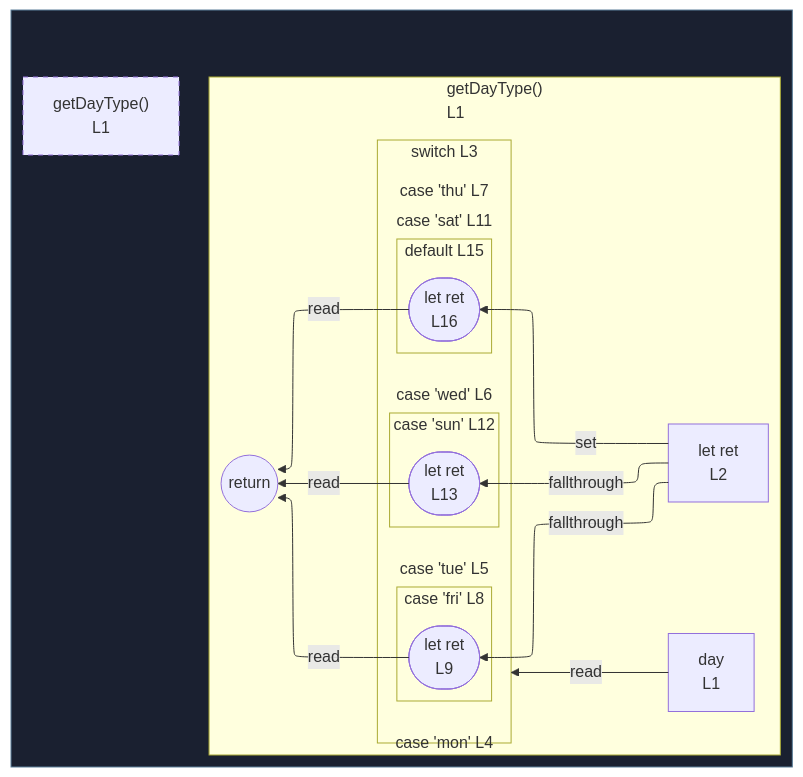
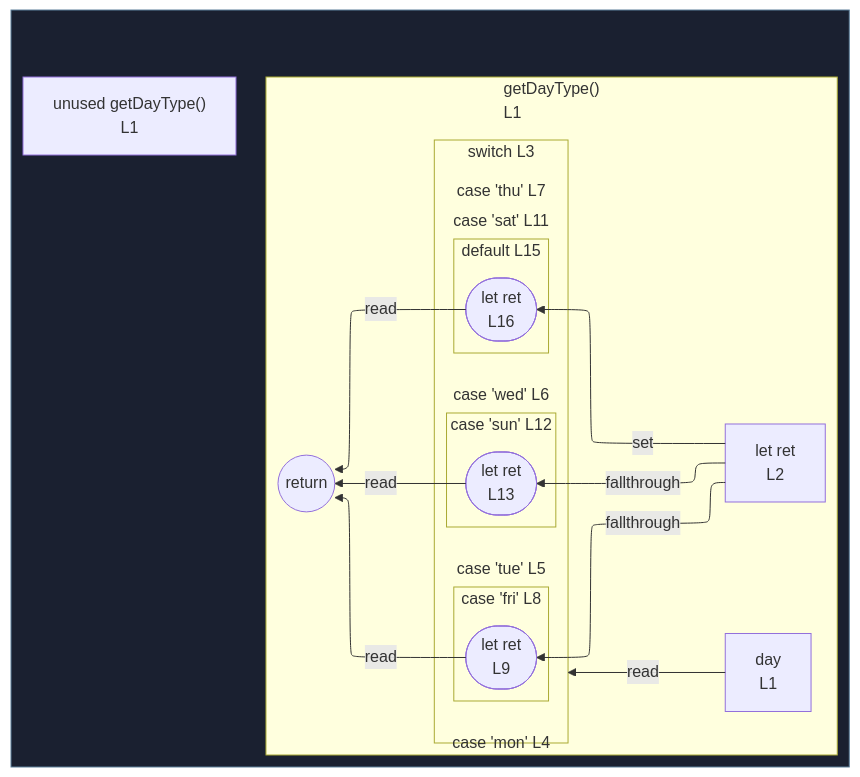
One commit to crescware/unsnarl changed the diagram in integration/fixtures/function-switch-grouped-cases/preview.md. Above: the diagram before and after it, drawn with Mermaid. The commit also changed 75 other files, not shown here.

````diff
--- a/integration/fixtures/function-switch-grouped-cases/preview.md
+++ b/integration/fixtures/function-switch-grouped-cases/preview.md
@@ -30,55 +30,53 @@
 ```mermaid
 %%{init: {"flowchart": {"defaultRenderer": "elk"}}}%%
 flowchart RL
   subgraph wrap_s_scope_1[" "]
     direction TB
-    n_scope_0_getDayType_9["getDayType()<br/>L1"]
+    n_scope_0_getDayType_9["unused getDayType()<br/>L1"]
     subgraph s_scope_1["getDayType()<br/>L1"]
       direction RL
       return_scope_0_getDayType_9((return))
       n_scope_1_day_20["day<br/>L1"]
       n_scope_1_ret_33["let ret<br/>L2"]
       subgraph s_scope_2["switch L3"]
         direction RL
         subgraph s_scope_3["case 'mon' L4"]
           direction RL
         end
         subgraph s_scope_4["case 'tue' L5"]
           direction RL
         end
         subgraph s_scope_5["case 'wed' L6"]
           direction RL
         end
         subgraph s_scope_6["case 'thu' L7"]
           direction RL
         end
         subgraph s_scope_7["case 'fri' L8"]
           direction RL
           wr_ref_1(["let ret<br/>L9"])
         end
         subgraph s_scope_8["case 'sat' L11"]
           direction RL
         end
         subgraph s_scope_9["case 'sun' L12"]
           direction RL
           wr_ref_2(["let ret<br/>L13"])
         end
         subgraph s_scope_10["default L15"]
           direction RL
           wr_ref_3(["let ret<br/>L16"])
         end
       end
     end
   end
   n_scope_1_ret_33 -->|fallthrough| wr_ref_1
   n_scope_1_ret_33 -->|fallthrough| wr_ref_2
   n_scope_1_ret_33 -->|set| wr_ref_3
   n_scope_1_day_20 -->|read| s_scope_2
   wr_ref_1 -->|read| return_scope_0_getDayType_9
   wr_ref_2 -->|read| return_scope_0_getDayType_9
   wr_ref_3 -->|read| return_scope_0_getDayType_9
   classDef fnWrap fill:#1a2030,stroke:#5a7d99;
   class wrap_s_scope_1 fnWrap;
-  classDef unused stroke-dasharray: 5 5;
-  class n_scope_0_getDayType_9 unused;
 ```
````
